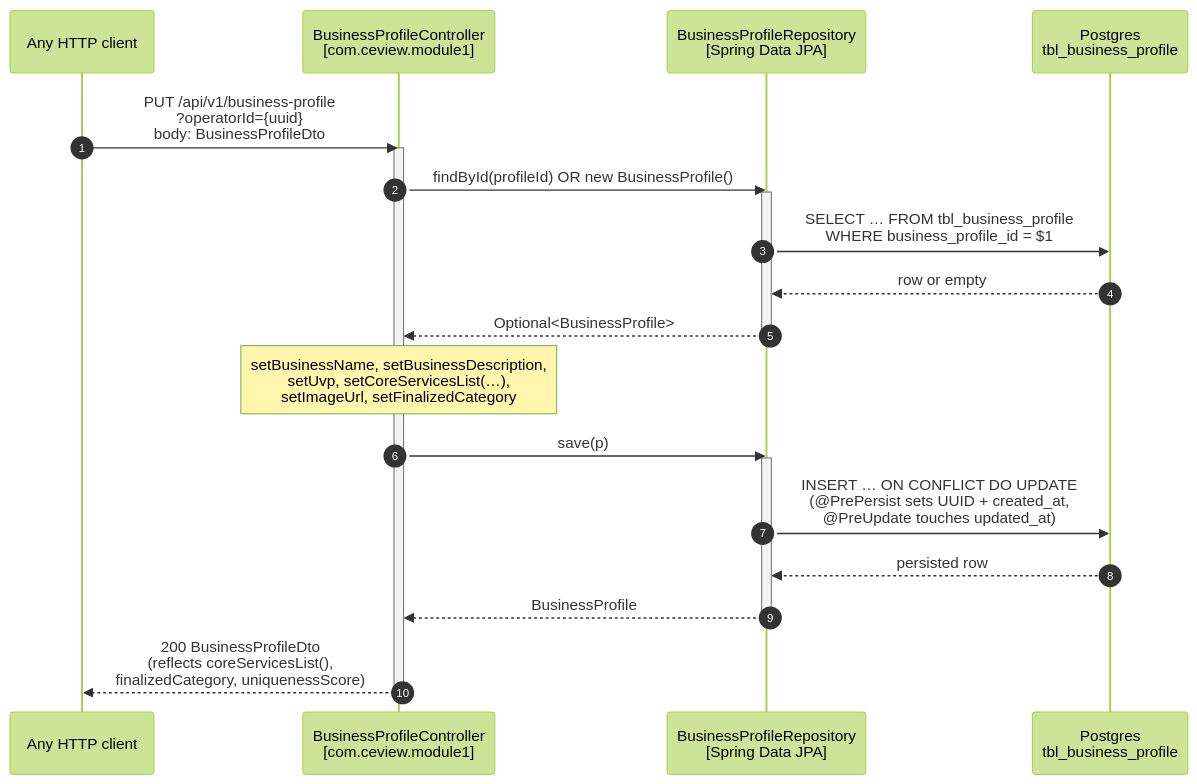
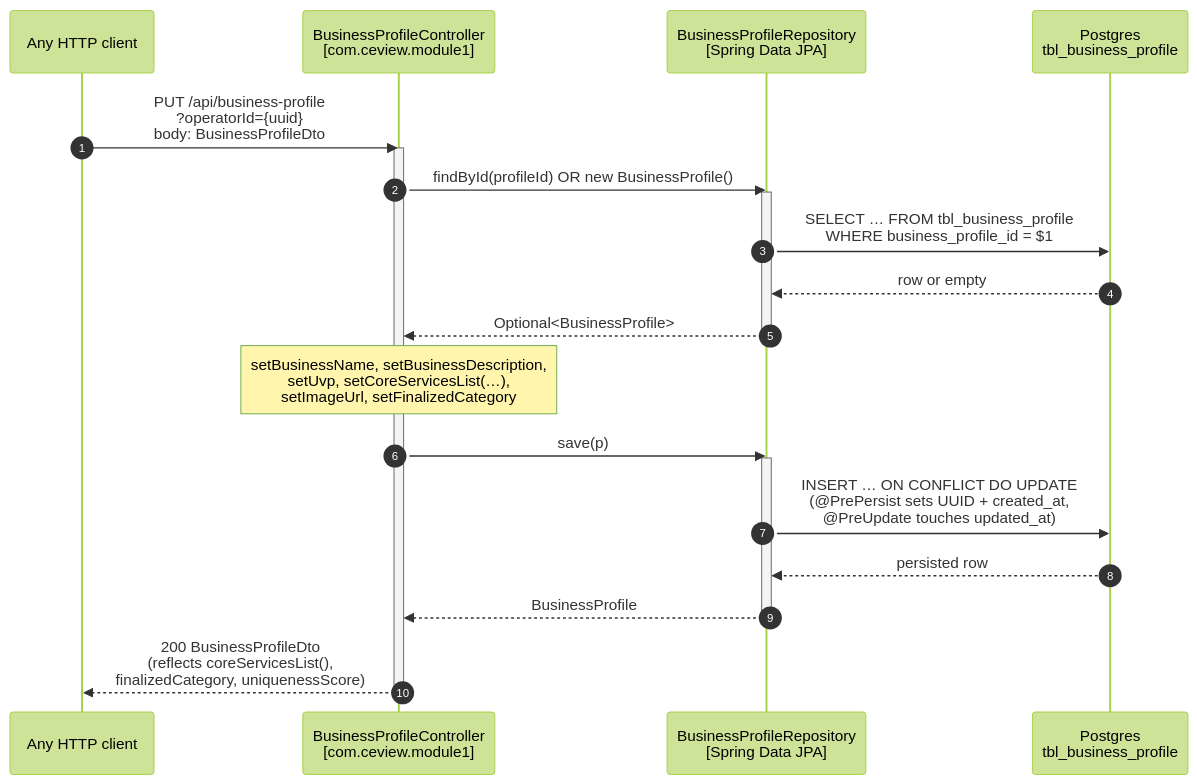
One commit to SherieHub/CeView changed the ninth of 9 diagrams in ARCHITECTURE.md. Above: the diagram before and after it, drawn with Mermaid (forest theme). The commit also changed other lines of this file and 348 other files, not shown here.

````diff
--- a/ARCHITECTURE.md
+++ b/ARCHITECTURE.md
@@ -394,26 +394,26 @@
 ```mermaid
 sequenceDiagram
     autonumber
     participant Client as Any HTTP client
     participant BPC as BusinessProfileController<br/>[com.ceview.module1]
     participant Repo as BusinessProfileRepository<br/>[Spring Data JPA]
     participant PG as Postgres<br/>tbl_business_profile
 
-    Client->>BPC: PUT /api/v1/business-profile<br/>?operatorId={uuid}<br/>body: BusinessProfileDto
+    Client->>BPC: PUT /api/business-profile<br/>?operatorId={uuid}<br/>body: BusinessProfileDto
     activate BPC
     BPC->>Repo: findById(profileId) OR new BusinessProfile()
     activate Repo
     Repo->>PG: SELECT … FROM tbl_business_profile<br/>WHERE business_profile_id = $1
     PG-->>Repo: row or empty
     Repo-->>BPC: Optional<BusinessProfile>
     deactivate Repo
     Note over BPC: setBusinessName, setBusinessDescription,<br/>setUvp, setCoreServicesList(…),<br/>setImageUrl, setFinalizedCategory
     BPC->>Repo: save(p)
     activate Repo
     Repo->>PG: INSERT … ON CONFLICT DO UPDATE<br/>(@PrePersist sets UUID + created_at,<br/>@PreUpdate touches updated_at)
     PG-->>Repo: persisted row
     Repo-->>BPC: BusinessProfile
     deactivate Repo
     BPC-->>Client: 200 BusinessProfileDto<br/>(reflects coreServicesList(),<br/>finalizedCategory, uniquenessScore)
     deactivate BPC
 ```
````
